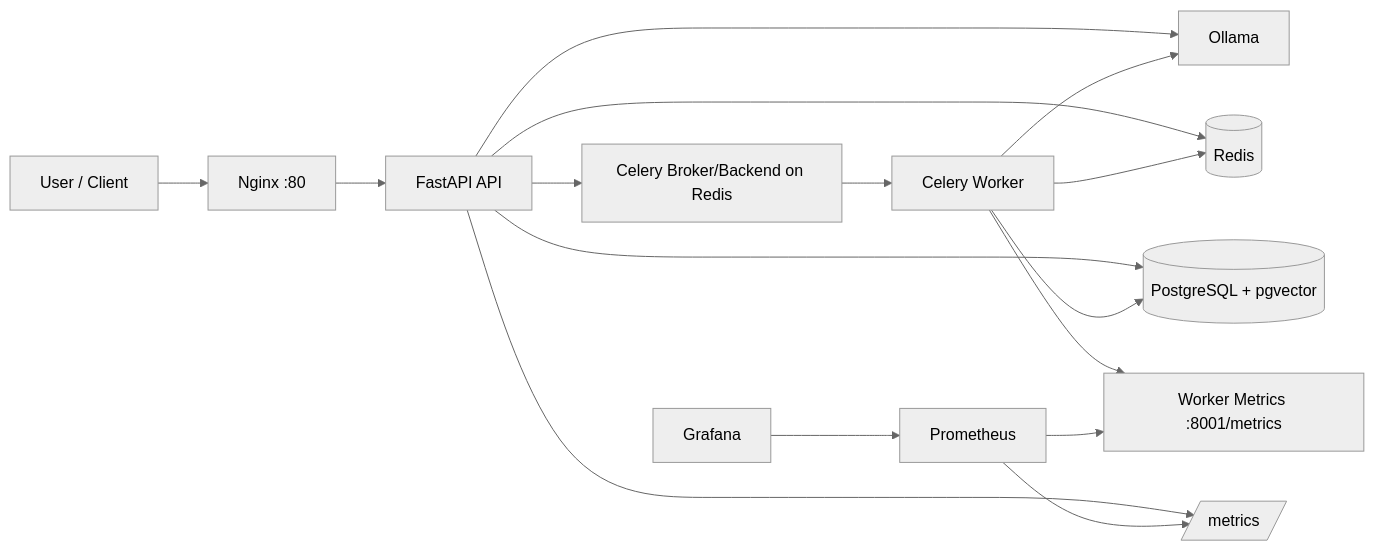
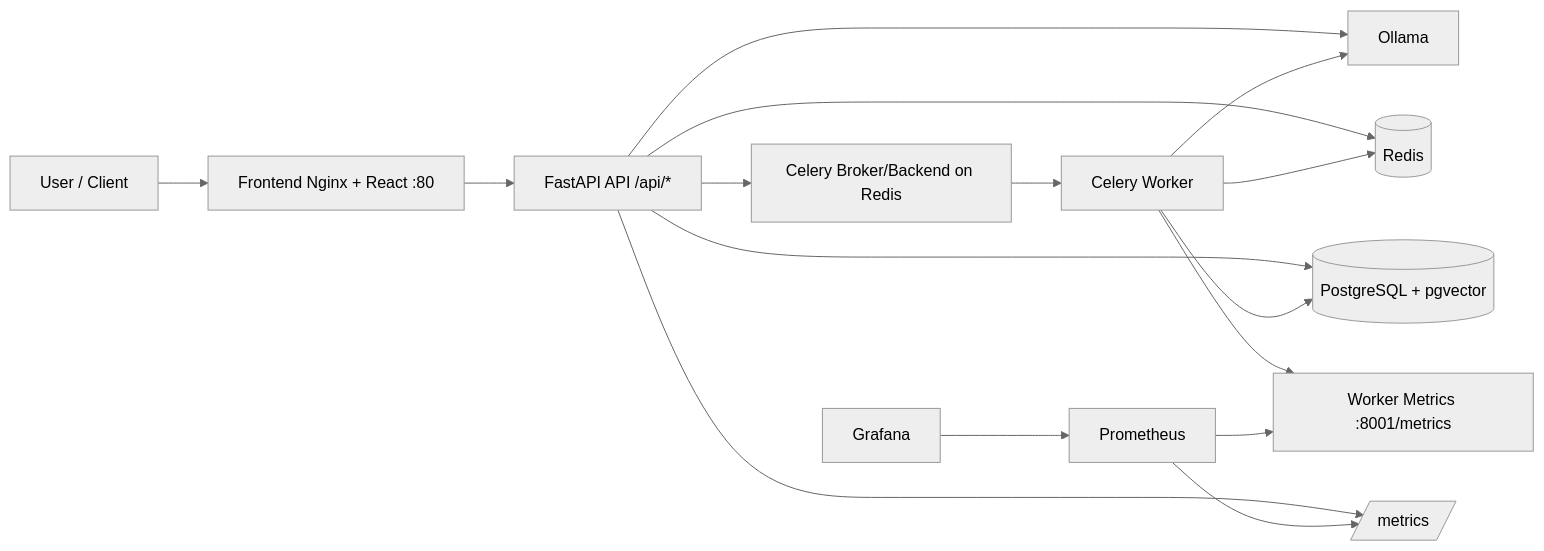
The second of 3 diagrams in README.md (Abdullah-0-3/llm-deployment), drawn with Mermaid (neutral theme) before and after one commit. The commit also changed other lines of this file and 15 other files, not shown here.

````diff
--- a/README.md
+++ b/README.md
@@ -135,22 +146,22 @@
 ```mermaid
 flowchart LR
-    U[User / Client] --> N[Nginx :80]
+  U[User / Client] --> F[Frontend Nginx + React :80]
 
-    N --> A[FastAPI API]
+  F --> A[FastAPI API /api/*]
     A --> O[Ollama]
     A --> R[(Redis)]
     A --> P[(PostgreSQL + pgvector)]
     A --> C[Celery Broker/Backend on Redis]
 
     C --> W[Celery Worker]
     W --> O
     W --> P
     W --> R
 
     A --> M1[/metrics/]
     W --> M2[Worker Metrics :8001/metrics]
 
     PR[Prometheus] --> M1
     PR --> M2
     G[Grafana] --> PR
 ```
````
